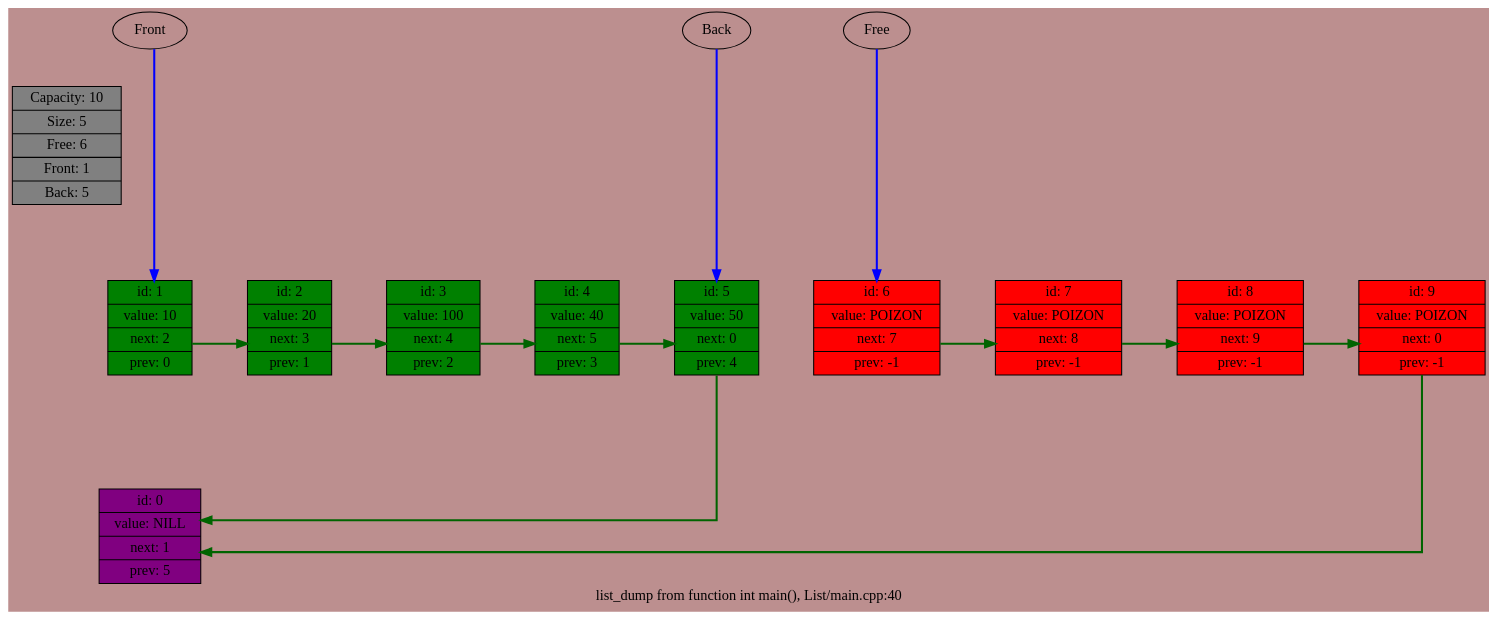
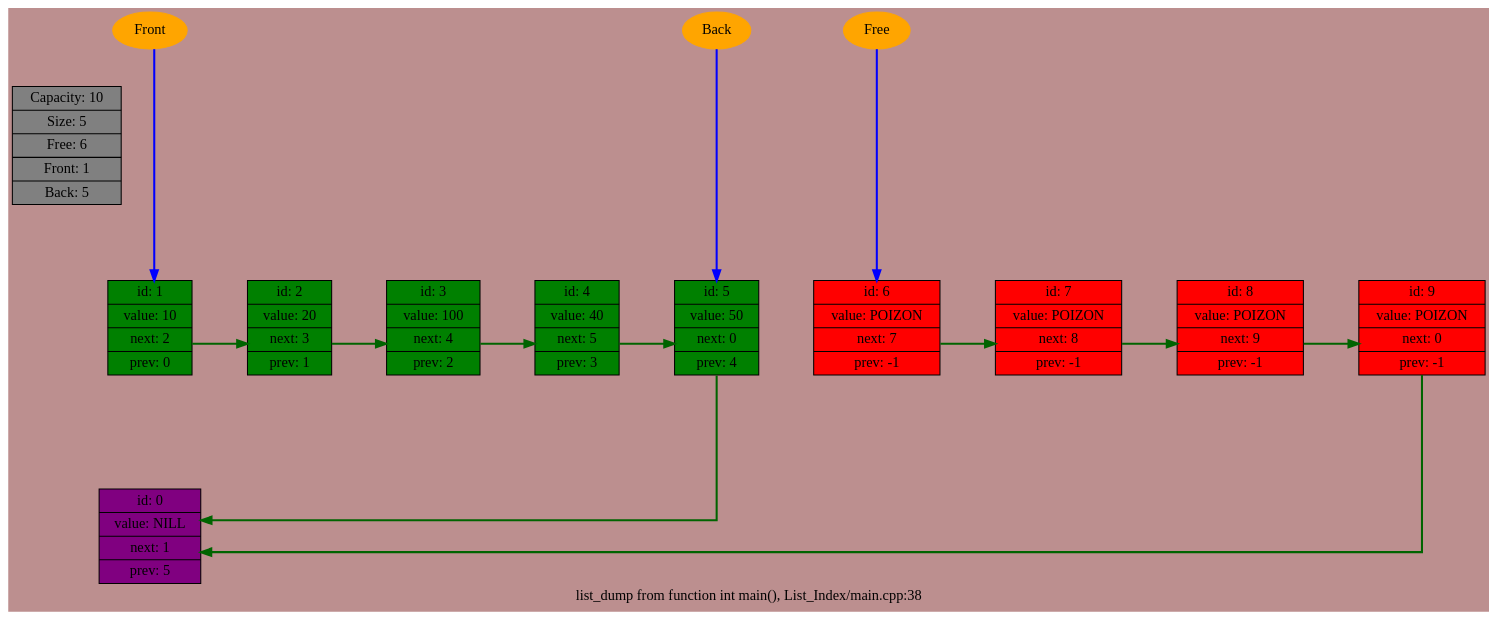
One commit to Amlola/List changed the diagram in List_Index/dotfile.dot. Above: the diagram before and after it, drawn with Graphviz. The commit also changed 16 other files, not shown here.

```diff
--- a/List_Index/dotfile.dot
+++ b/List_Index/dotfile.dot
@@ -1,48 +1,48 @@
 digraph G {bgcolor=RosyBrown rankdir = TB
 splines = ortho; edge[minlen = 3, penwidth = 2; color = blue];
 
-label = "list_dump from function int main(), List/main.cpp:40";
+label = "list_dump from function int main(), List_Index/main.cpp:38";
 Info[shape=record, fillcolor="grey", width=0.2, style="filled",label=" {Capacity: 10 | Size: 5 | Free: 6 | Front: 1 | Back: 5}"] 
 
 {rank = max; node0[shape=record, width=0.2, style="filled", fillcolor="purple",label=" {id: 0 | value: NILL | next: 1 | prev: 5}"]} 
  
 {rank = same;
 node1[shape=record, width=0.2, style="filled", fillcolor="green",label=" {id: 1 | value: 10 | next: 2 | prev: 0}"] 
  
 node2[shape=record, width=0.2, style="filled", fillcolor="green",label=" {id: 2 | value: 20 | next: 3 | prev: 1}"] 
  
 node3[shape=record, width=0.2, style="filled", fillcolor="green",label=" {id: 3 | value: 100 | next: 4 | prev: 2}"] 
  
 node4[shape=record, width=0.2, style="filled", fillcolor="green",label=" {id: 4 | value: 40 | next: 5 | prev: 3}"] 
  
 node5[shape=record, width=0.2, style="filled", fillcolor="green",label=" {id: 5 | value: 50 | next: 0 | prev: 4}"] 
  
 node6[shape=record, width=0.2, style="filled", fillcolor="red",label=" {id: 6 | value: POIZON | next: 7 | prev: -1}"] 
  
 node7[shape=record, width=0.2, style="filled", fillcolor="red",label=" {id: 7 | value: POIZON | next: 8 | prev: -1}"] 
  
 node8[shape=record, width=0.2, style="filled", fillcolor="red",label=" {id: 8 | value: POIZON | next: 9 | prev: -1}"] 
  
 node9[shape=record, width=0.2, style="filled", fillcolor="red",label=" {id: 9 | value: POIZON | next: 0 | prev: -1}"] 
  
 }
-Free->node6
+Free[color=orange, style=filled]Front[color=orange, style=filled]Back[color=orange, style=filled]Free->node6
 Front->node1
 Back->node5
 
 edge[color=darkgreen, constraint = true]
 node0 -> node1 -> node2 -> node3 -> node4 -> node5 -> node6 -> node7 -> node8 -> node9
 [style=invis, weight = 10000];
 
 edge[style=solid, constraint = false]
 node1 -> node2;
 node2 -> node3;
 node3 -> node4;
 node4 -> node5;
 node5 -> node0;
 node6 -> node7;
 node7 -> node8;
 node8 -> node9;
 node9 -> node0;
 
 }
```
